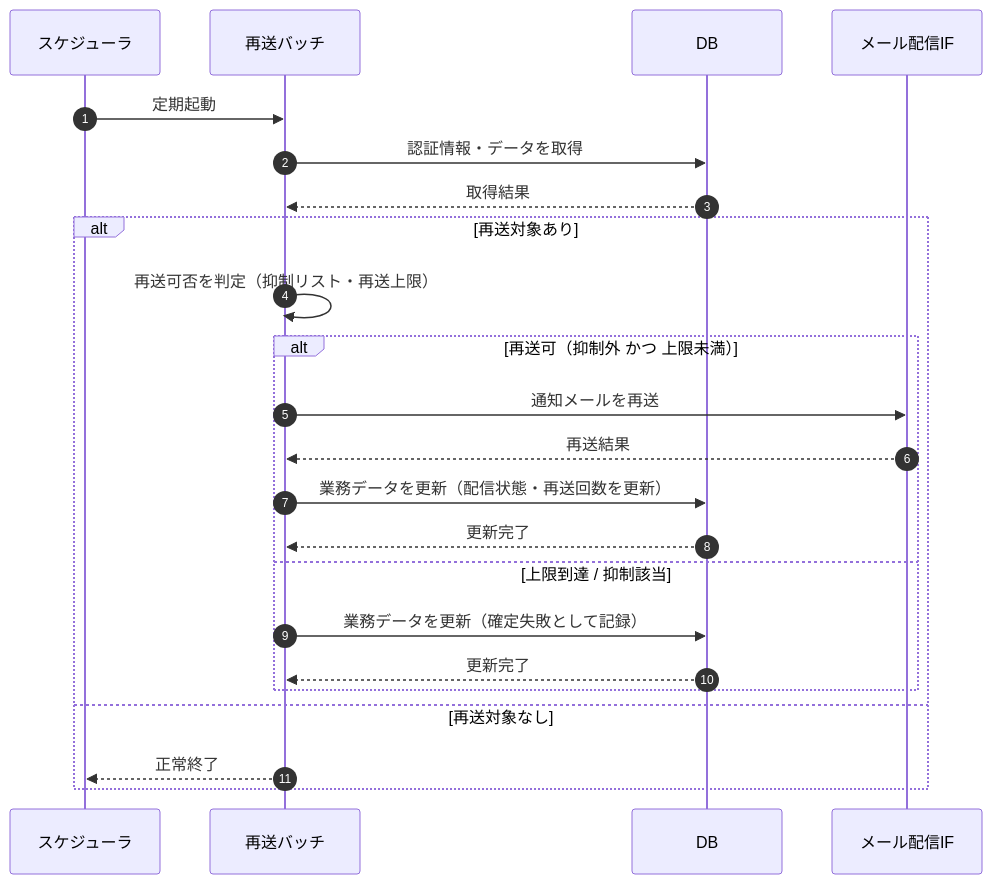
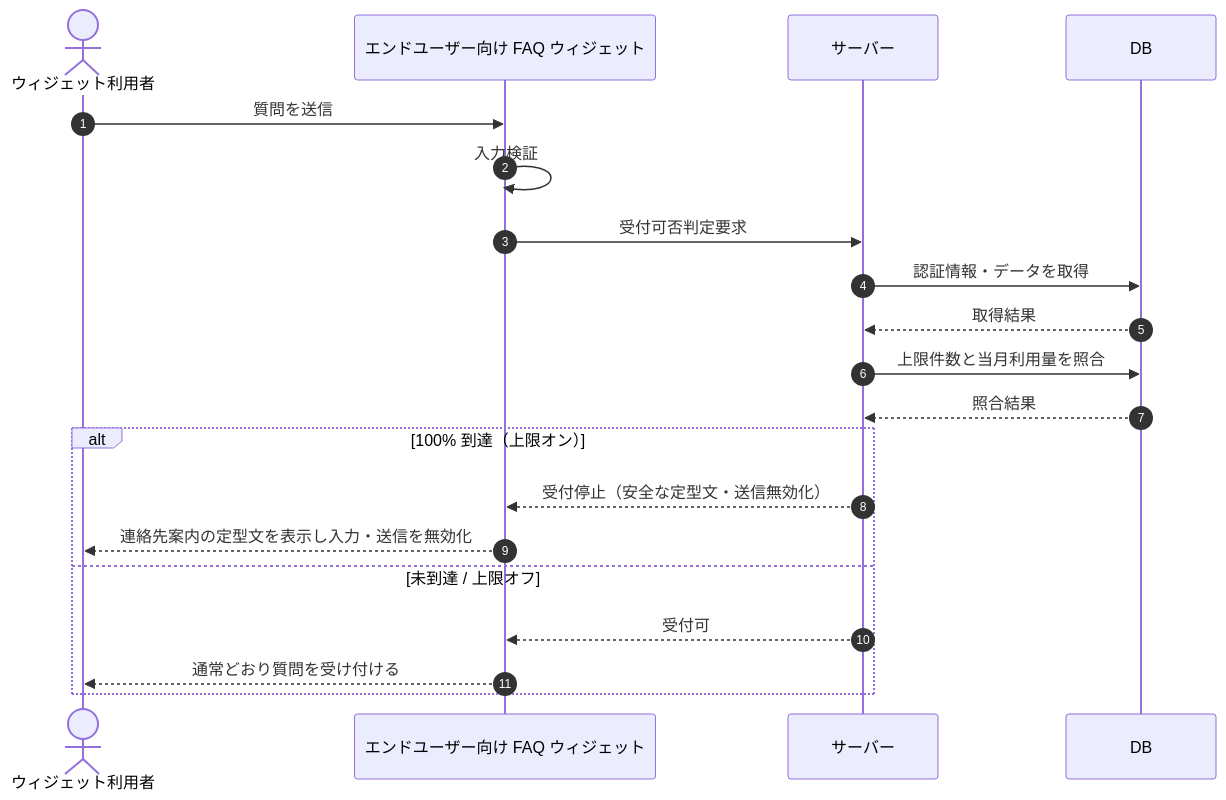
One commit to sikakou54/open-faq changed the diagram in 02_basic_design/03_sequences/SEQ-098.md. Above: the diagram before and after it, drawn with Mermaid. The commit also changed other lines of this file and 395 other files, not shown here.

````diff
--- a/02_basic_design/03_sequences/SEQ-098.md
+++ b/02_basic_design/03_sequences/SEQ-098.md
@@ -25,25 +25,22 @@
 ```mermaid
 sequenceDiagram
   autonumber
-  participant SCH as スケジューラ
-  participant B as 再送バッチ
+  actor U as ウィジェット利用者
+  participant Screen as エンドユーザー向け FAQ ウィジェット
+  participant Server as サーバー
   participant DB as DB
-  participant MAIL as メール配信IF
-  SCH->>B: 定期起動
-  B->>DB: 認証情報・データを取得
-  DB-->>B: 取得結果
-  alt 再送対象あり
-    B->>B: 再送可否を判定（抑制リスト・再送上限）
-    alt 再送可（抑制外 かつ 上限未満）
-      B->>MAIL: 通知メールを再送
-      MAIL-->>B: 再送結果
-      B->>DB: 業務データを更新（配信状態・再送回数を更新）
-      DB-->>B: 更新完了
-    else 上限到達 / 抑制該当
-      B->>DB: 業務データを更新（確定失敗として記録）
-      DB-->>B: 更新完了
-    end
-  else 再送対象なし
-    B-->>SCH: 正常終了
+  U->>Screen: 質問を送信
+  Screen->>Screen: 入力検証
+  Screen->>Server: 受付可否判定要求
+  Server->>DB: 認証情報・データを取得
+  DB-->>Server: 取得結果
+  Server->>DB: 上限件数と当月利用量を照合
+  DB-->>Server: 照合結果
+  alt 100% 到達（上限オン）
+    Server-->>Screen: 受付停止（安全な定型文・送信無効化）
+    Screen-->>U: 連絡先案内の定型文を表示し入力・送信を無効化
+  else 未到達 / 上限オフ
+    Server-->>Screen: 受付可
+    Screen-->>U: 通常どおり質問を受け付ける
   end
 ```
````
